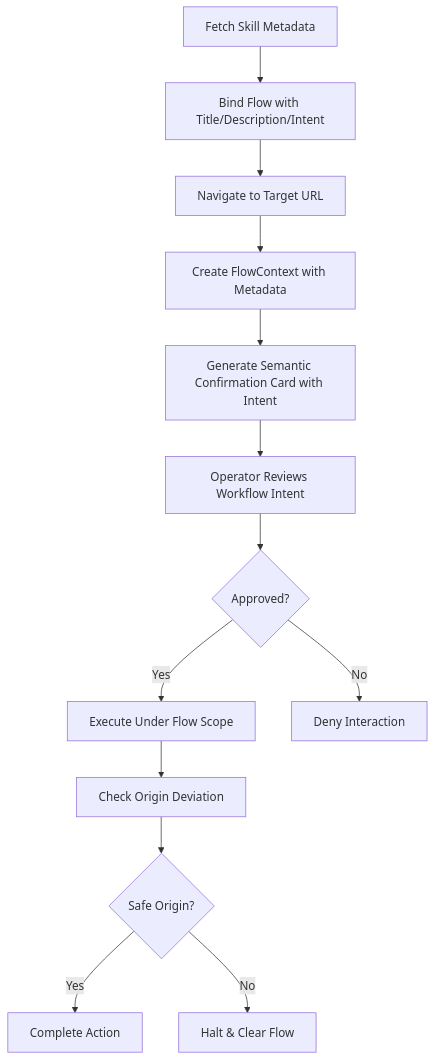
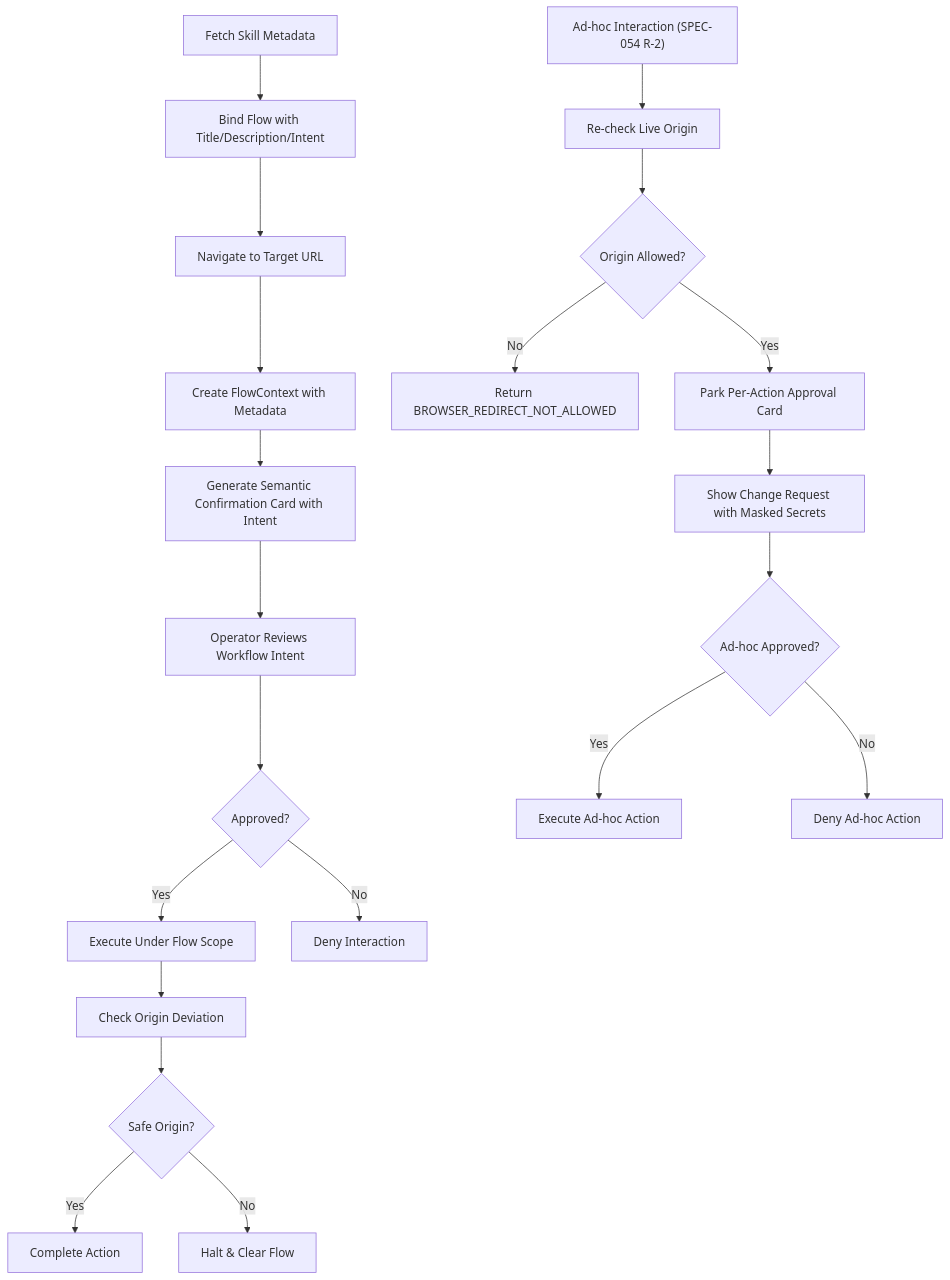
Diagram 11 of 16 in .qoder/repowiki/en/content/Tool Gateway Service/Tool Gateway Service.md (metasync/luban-aiops), drawn with Mermaid before and after one commit. The commit also changed other lines of this file and 47 other files, not shown here.

````diff
--- a/.qoder/repowiki/en/content/Tool Gateway Service/Tool Gateway Service.md
+++ b/.qoder/repowiki/en/content/Tool Gateway Service/Tool Gateway Service.md
@@ -765,15 +825,23 @@
 ```mermaid
 flowchart TD
 SkillFetch["Fetch Skill Metadata"] --> BindFlow["Bind Flow with Title/Description/Intent"]
 BindFlow --> Navigate["Navigate to Target URL"]
 Navigate --> FlowContext["Create FlowContext with Metadata"]
 FlowContext --> ConfirmationCard["Generate Semantic Confirmation Card with Intent"]
 ConfirmationCard --> OperatorReview["Operator Reviews Workflow Intent"]
 OperatorReview --> Approval{"Approved?"}
 Approval --> |Yes| ExecuteAction["Execute Under Flow Scope"]
 Approval --> |No| DenyAction["Deny Interaction"]
 ExecuteAction --> DeviationGuard["Check Origin Deviation"]
 DeviationGuard --> Safe{"Safe Origin?"}
 Safe --> |Yes| Complete["Complete Action"]
 Safe --> |No| Halt["Halt & Clear Flow"]
+AdHocInteraction["Ad-hoc Interaction (SPEC-054 R-2)"] --> LiveOrigin["Re-check Live Origin"]
+LiveOrigin --> OriginAllowed{"Origin Allowed?"}
+OriginAllowed --> |No| DenyOrigin["Return BROWSER_REDIRECT_NOT_ALLOWED"]
+OriginAllowed --> |Yes| PerActionCard["Park Per-Action Approval Card"]
+PerActionCard --> ChangeRequest["Show Change Request with Masked Secrets"]
+ChangeRequest --> AdHocApproval{"Ad-hoc Approved?"}
+AdHocApproval --> |Yes| ExecuteAdHoc["Execute Ad-hoc Action"]
+AdHocApproval --> |No| DenyAdHoc["Deny Ad-hoc Action"]
 ```
````
